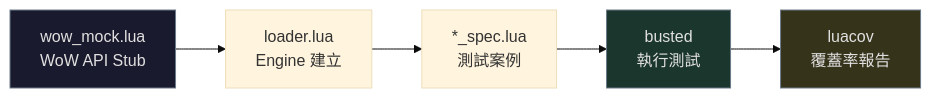
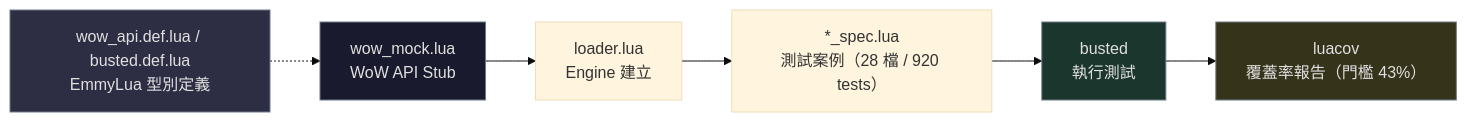
Before and after one commit to Neal75418/lunar-ui: the second of 2 diagrams in CLAUDE.md, drawn with Mermaid (base theme). The commit also changed other lines of this file and 3 other files, not shown here.

````diff
--- a/CLAUDE.md
+++ b/CLAUDE.md
@@ -160,11 +162,13 @@
 ```mermaid
 graph LR
+    TypeDef["wow_api.def.lua / busted.def.lua<br/>EmmyLua 型別定義"] -.-> Mock
     Mock["wow_mock.lua<br/>WoW API Stub"] --> Loader["loader.lua<br/>Engine 建立"]
-    Loader --> Spec["*_spec.lua<br/>測試案例"]
+    Loader --> Spec["*_spec.lua<br/>測試案例（28 檔 / 920 tests）"]
     Spec --> Busted["busted<br/>執行測試"]
-    Busted --> Cov["luacov<br/>覆蓋率報告"]
+    Busted --> Cov["luacov<br/>覆蓋率報告（門檻 43%）"]
 
+    style TypeDef fill:#2d2d44,stroke:#6c7a89,color:#e0e0e0
     style Mock fill:#1a1a2e,stroke:#6c7a89,color:#e0e0e0
     style Busted fill:#1b362d,stroke:#6c7a89,color:#e0e0e0
     style Cov fill:#36331b,stroke:#6c7a89,color:#e0e0e0
 ```
````
